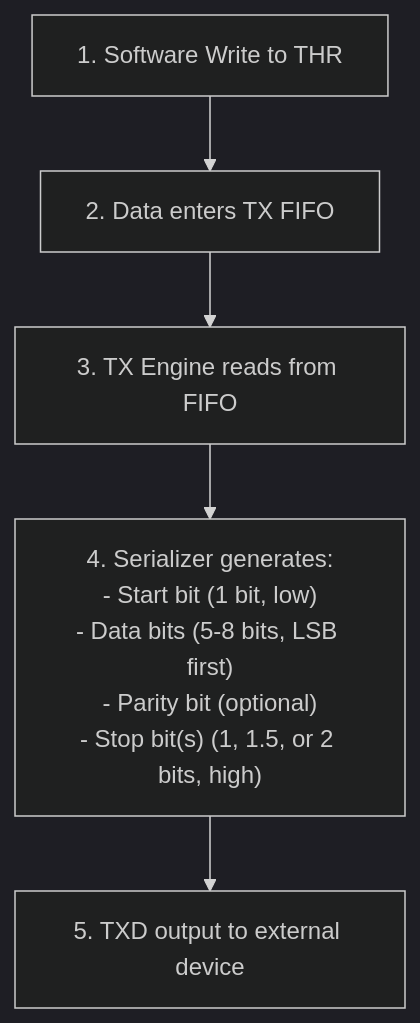
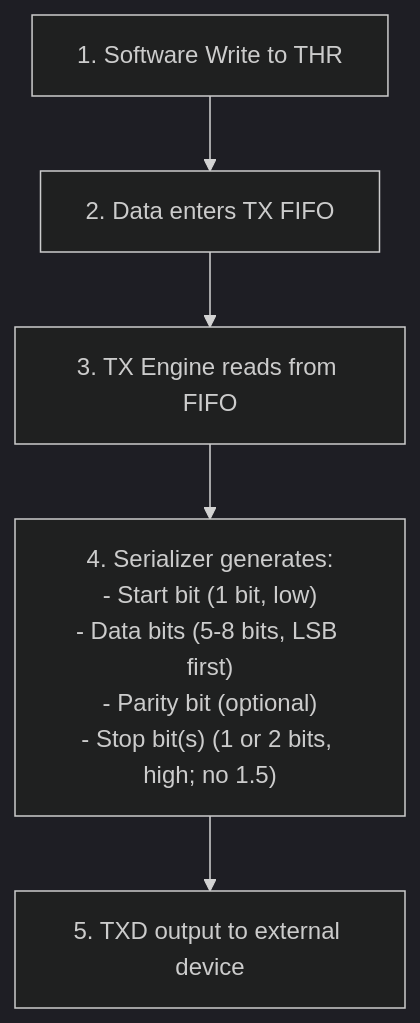
Before and after one commit to sean-galloway/RTLDesignSherpa: the first of 4 diagrams in projects/components/retro_legacy_blocks/docs/uart_16550_mas/ch01_overview/02_architecture.md, drawn with Mermaid (dark theme). The commit also changed other lines of this file and 16 other files, not shown here.

````diff
--- a/projects/components/retro_legacy_blocks/docs/uart_16550_mas/ch01_overview/02_architecture.md
+++ b/projects/components/retro_legacy_blocks/docs/uart_16550_mas/ch01_overview/02_architecture.md
@@ -67,7 +67,7 @@
 ```mermaid
 flowchart TD
     A["1. Software Write to THR"] --> B["2. Data enters TX FIFO"]
     B --> C["3. TX Engine reads from FIFO"]
-    C --> D["4. Serializer generates:<br/>- Start bit (1 bit, low)<br/>- Data bits (5-8 bits, LSB first)<br/>- Parity bit (optional)<br/>- Stop bit(s) (1, 1.5, or 2 bits, high)"]
+    C --> D["4. Serializer generates:<br/>- Start bit (1 bit, low)<br/>- Data bits (5-8 bits, LSB first)<br/>- Parity bit (optional)<br/>- Stop bit(s) (1 or 2 bits, high; no 1.5)"]
     D --> E["5. TXD output to external device"]
 ```
````
